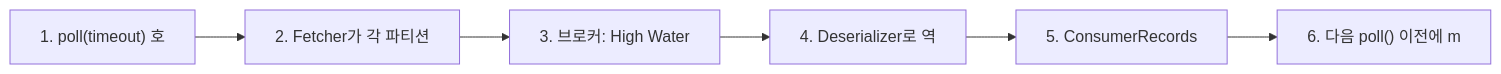
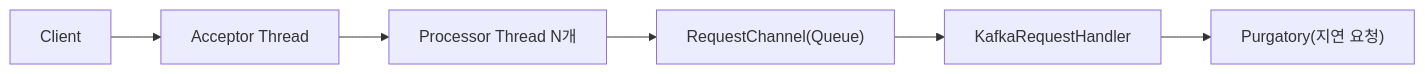
The seventh of 11 diagrams in _posts/kafka/2026-05-01-kafka-internals.md (yjkim2015/yjkim2015.github.io), drawn with Mermaid before and after one commit. The commit also changed other lines of this file and 4 other files, not shown here.

First line of the commit message:
5개 포스트 시니어급 심화 (Redis Cluster/Lock, Kafka Internals/Consumer, Spring TX)

````diff
--- a/_posts/kafka/2026-05-01-kafka-internals.md
+++ b/_posts/kafka/2026-05-01-kafka-internals.md
@@ -147,10 +669,8 @@
 ```mermaid
 graph LR
-    A["1. poll(timeout) 호"]
-    B["2. Fetcher가 각 파티션"]
-    C["3. 브로커: High Water"]
-    D["4. Deserializer로 역"]
-    E["5. ConsumerRecords"]
-    F["6. 다음 poll() 이전에 m"]
-    A --> B --> C --> D --> E --> F
+    CLIENT["Client"] --> ACCEPT["Acceptor Thread"]
+    ACCEPT --> PROC["Processor Thread N개"]
+    PROC --> RCHAN["RequestChannel(Queue)"]
+    RCHAN --> KAPI["KafkaRequestHandler"]
+    KAPI --> PURG["Purgatory(지연 요청)"]
 ```
````
